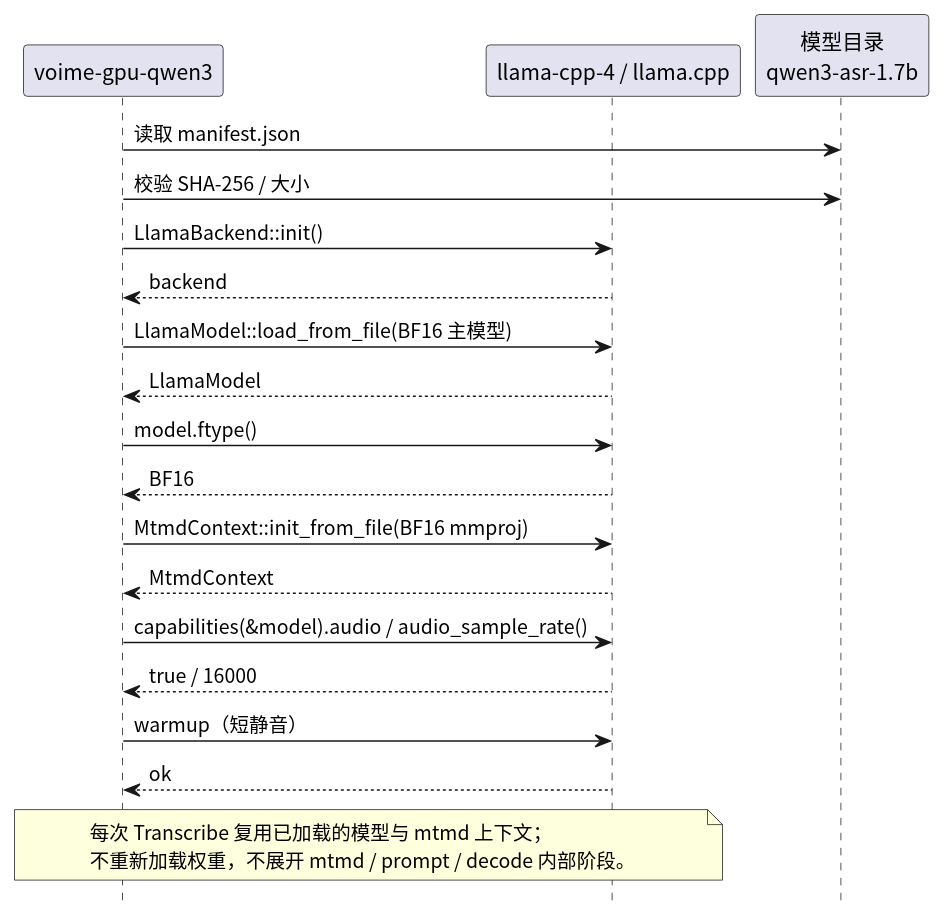
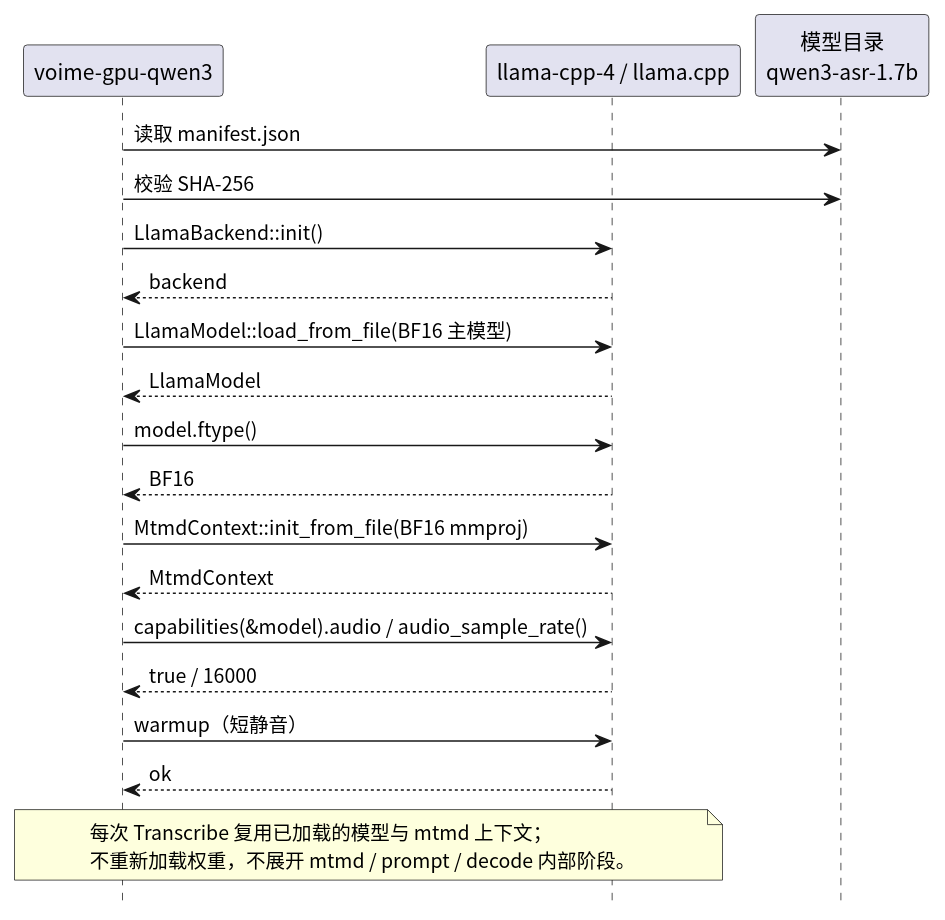
One commit to 54m43lJ/voime changed the diagram in crates/voime-gpu-qwen3/diagram/runtime-load.puml. Above: the diagram before and after it, drawn with PlantUML. The commit also changed 17 other files, not shown here.

```diff
--- a/crates/voime-gpu-qwen3/diagram/runtime-load.puml
+++ b/crates/voime-gpu-qwen3/diagram/runtime-load.puml
@@ -1,29 +1,29 @@
 @startuml
 skinparam defaultFontName "Noto Sans CJK SC"
 skinparam shadowing false
 hide footbox
 
 participant "voime-gpu-qwen3" as Worker
 participant "llama-cpp-4 / llama.cpp" as Llama
 participant "模型目录\nqwen3-asr-1.7b" as Model
 
 Worker -> Model : 读取 manifest.json
-Worker -> Model : 校验 SHA-256 / 大小
+Worker -> Model : 校验 SHA-256
 Worker -> Llama : LlamaBackend::init()
 Llama --> Worker : backend
 Worker -> Llama : LlamaModel::load_from_file(BF16 主模型)
 Llama --> Worker : LlamaModel
 Worker -> Llama : model.ftype()
 Llama --> Worker : BF16
 Worker -> Llama : MtmdContext::init_from_file(BF16 mmproj)
 Llama --> Worker : MtmdContext
 Worker -> Llama : capabilities(&model).audio / audio_sample_rate()
 Llama --> Worker : true / 16000
 Worker -> Llama : warmup（短静音）
 Llama --> Worker : ok
 
 note over Worker, Llama
   每次 Transcribe 复用已加载的模型与 mtmd 上下文；
   不重新加载权重，不展开 mtmd / prompt / decode 内部阶段。
 end note
 @enduml
```
